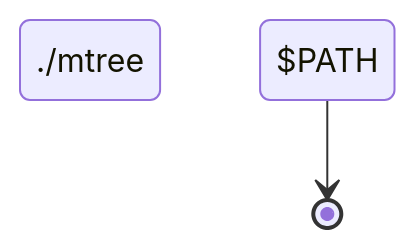
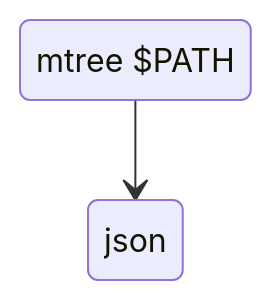
Before and after one commit to dynnamitt/hs-mtree: the diagram in README.md, drawn with Mermaid.

````diff
--- a/README.md
+++ b/README.md
@@ -3,4 +3,5 @@
 ```mermaid
 stateDiagram-v2
-    ./mtree $PATH --> [*]
+    s1 : mtree $PATH
+    s1 --> json 
 ```
````
